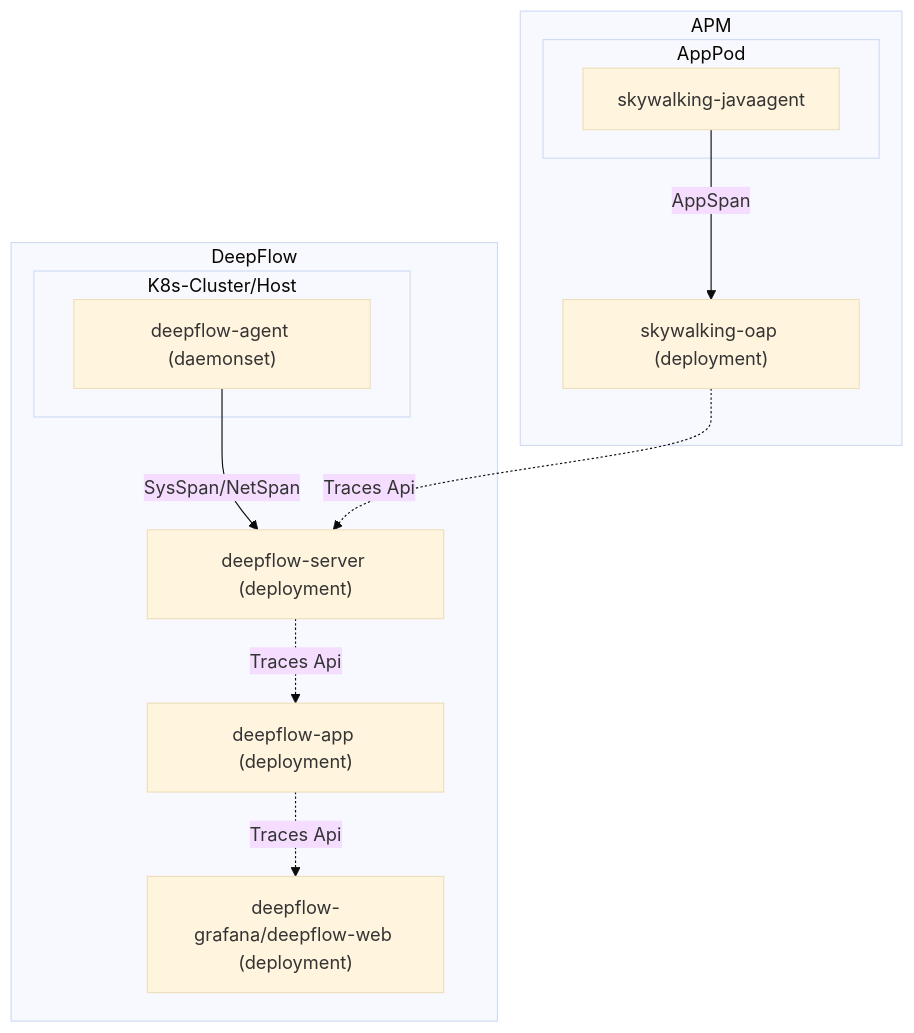
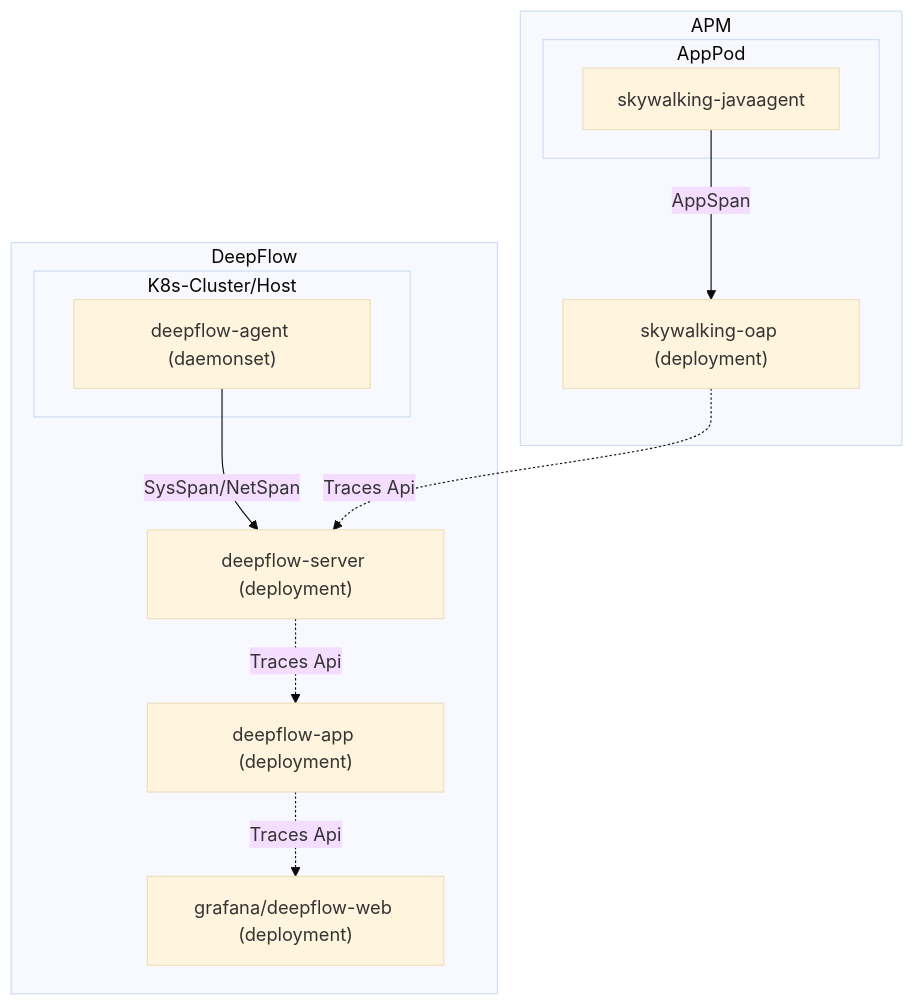
The diagram in docs/zh/07-integration/02-input/02-tracing/03-apm-trace-api.md (deepflowio/docs), drawn with Mermaid (base theme) before and after one commit.

Commit message:
add apm-trace-api docs

````diff
--- a/docs/zh/07-integration/02-input/02-tracing/03-apm-trace-api.md
+++ b/docs/zh/07-integration/02-input/02-tracing/03-apm-trace-api.md
@@ -12,27 +12,27 @@
 ```mermaid
 flowchart TD
 
 subgraph DeepFlow
   subgraph K8s-Cluster/Host
     DeepFlowAgent["deepflow-agent (daemonset)"]
   end
   DeepFlowServer["deepflow-server (deployment)"]
   DeepFlowApp["deepflow-app (deployment)"]
-  GUI["deepflow-grafana/deepflow-web (deployment)"]
+  GUI["grafana/deepflow-web (deployment)"]
 
   DeepFlowAgent -->|SysSpan/NetSpan| DeepFlowServer
   DeepFlowServer -.->|Traces Api| DeepFlowApp
   DeepFlowApp -.->|Traces Api| GUI
 end
 
 subgraph APM
   subgraph AppPod
     APMAgent["skywalking-javaagent"]
   end
   APMStorage["skywalking-oap (deployment)"]
 
   APMAgent -->|AppSpan| APMStorage
   APMStorage -.->|Traces Api| DeepFlowServer
 end
 
 ```
````
